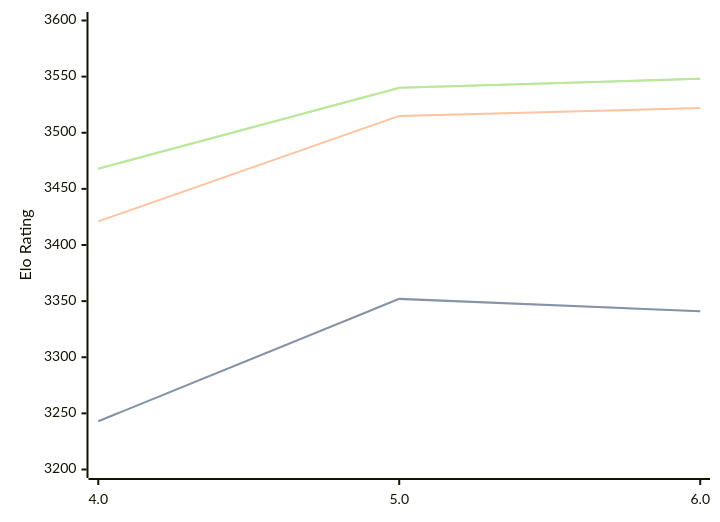
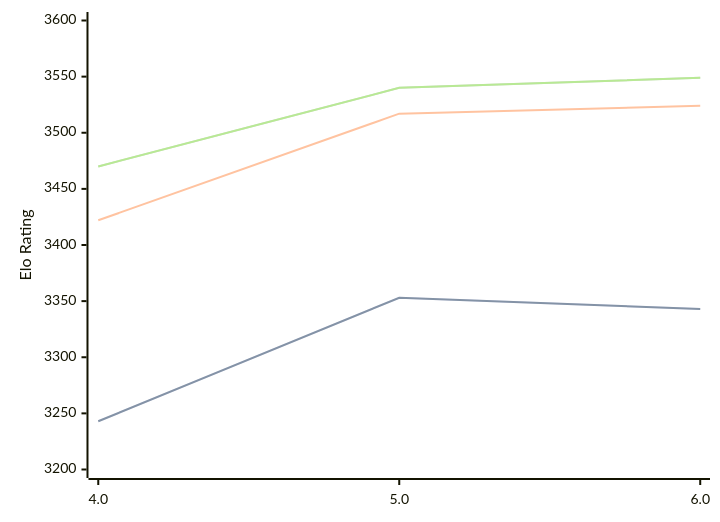
One commit to computer-chess-index/cci changed the diagram in engines/Tarnished.md. Above: the diagram before and after it, drawn with Mermaid. The commit also changed other lines of this file, not shown here.

Commit message:
Update CCI Ratings (ELO VLTC) - 2026-07-25

````diff
--- a/engines/Tarnished.md
+++ b/engines/Tarnished.md
@@ -37,11 +37,11 @@
 ```mermaid
 %%{init: {"theme":"base","themeVariables":{"seriesColors:['#a3a3a3','#222221','#faa371']}}}%%
 xychart-beta
   x-axis ["4.0", "5.0", "6.0"]
   y-axis "Elo Rating" 3200 --> 3600
-  line "STC (8.0+0.08s)" [3243, 3352, 3341]
-  line "STC (8.0+0.08s)" [3243, 3352, 3341]
-  line "LTC (60.0+0.60s)" [3421, 3515, 3522]
-  line "VLTC (2m24s+1.12s)" [3468, 3540, 3548]
-  line "VLTC (2m24s+1.12s)" [3468, 3540, 3548]
+  line "STC (8.0+0.08s)" [3243, 3353, 3343]
+  line "STC (8.0+0.08s)" [3243, 3353, 3343]
+  line "LTC (60.0+0.60s)" [3422, 3517, 3524]
+  line "VLTC (2m24s+1.12s)" [3470, 3540, 3549]
+  line "VLTC (2m24s+1.12s)" [3470, 3540, 3549]
 ```
````
